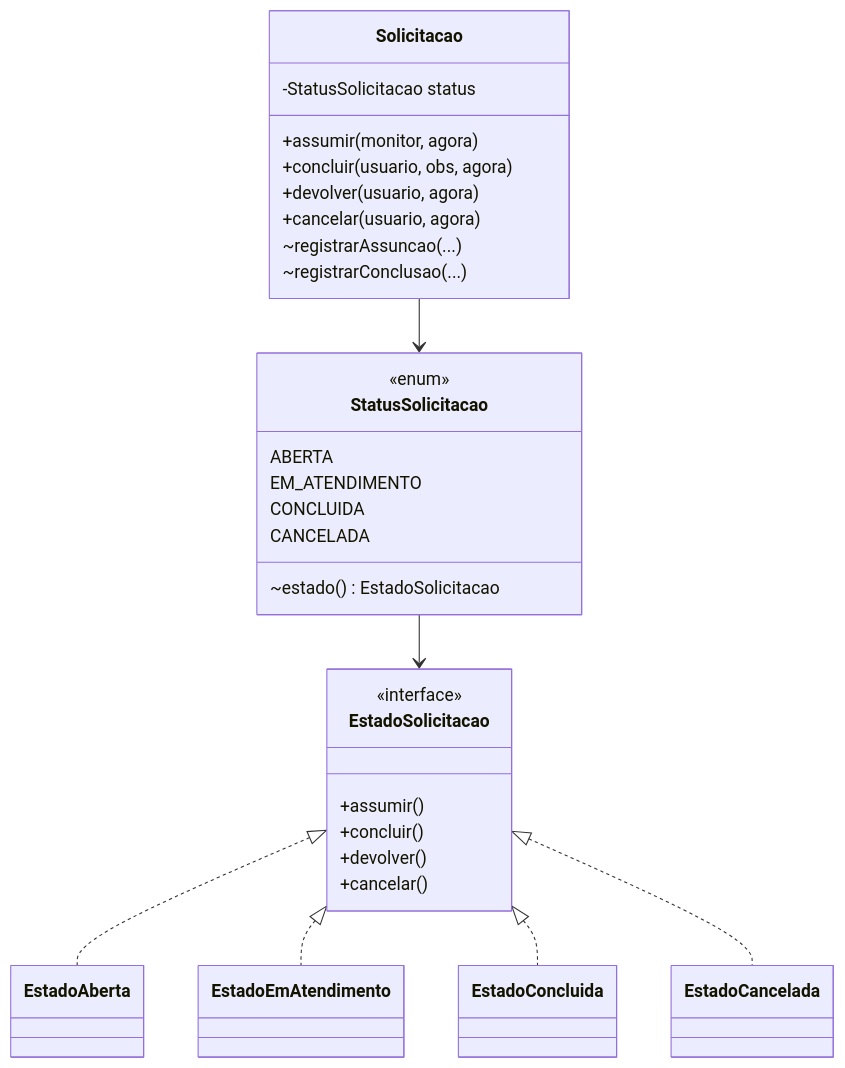
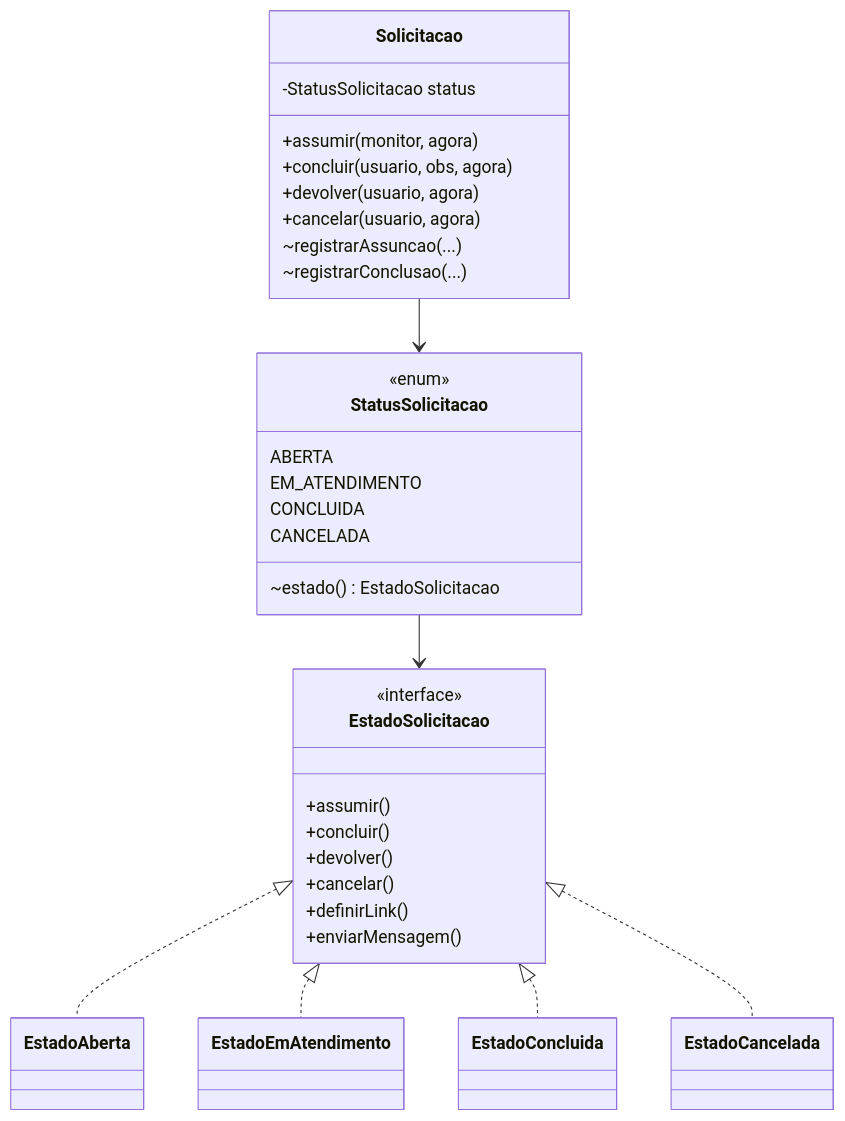
Before and after one commit to Joaodev1409/Monitoria-Map-Teste: the second of 3 diagrams in docs/padroes.md, drawn with Mermaid. The commit also changed other lines of this file and 3 other files, not shown here.

````diff
--- a/docs/padroes.md
+++ b/docs/padroes.md
@@ -55,33 +55,35 @@
 ```mermaid
 classDiagram
     class Solicitacao {
         -StatusSolicitacao status
         +assumir(monitor, agora)
         +concluir(usuario, obs, agora)
         +devolver(usuario, agora)
         +cancelar(usuario, agora)
         ~registrarAssuncao(...)
         ~registrarConclusao(...)
     }
     class StatusSolicitacao {
         <<enum>>
         ABERTA
         EM_ATENDIMENTO
         CONCLUIDA
         CANCELADA
         ~estado() EstadoSolicitacao
     }
     class EstadoSolicitacao {
         <<interface>>
         +assumir()
         +concluir()
         +devolver()
         +cancelar()
+        +definirLink()
+        +enviarMensagem()
     }
     Solicitacao --> StatusSolicitacao
     StatusSolicitacao --> EstadoSolicitacao
     EstadoSolicitacao <|.. EstadoAberta
     EstadoSolicitacao <|.. EstadoEmAtendimento
     EstadoSolicitacao <|.. EstadoConcluida
     EstadoSolicitacao <|.. EstadoCancelada
 ```
````
